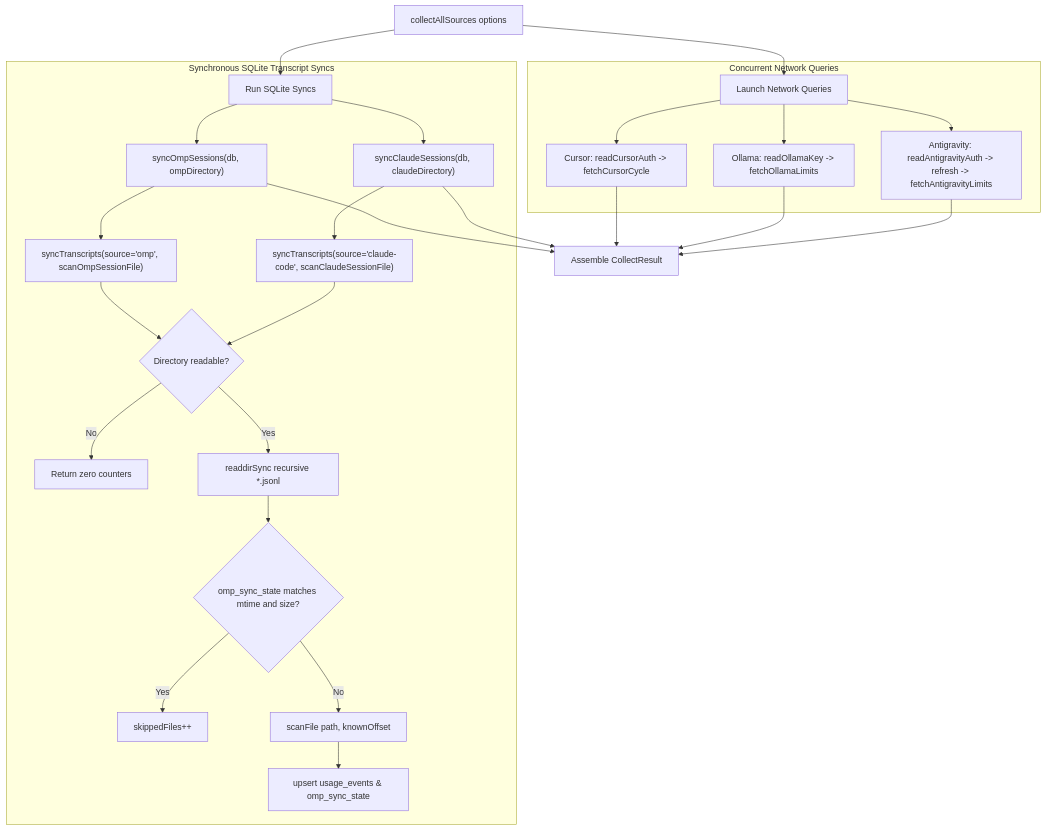
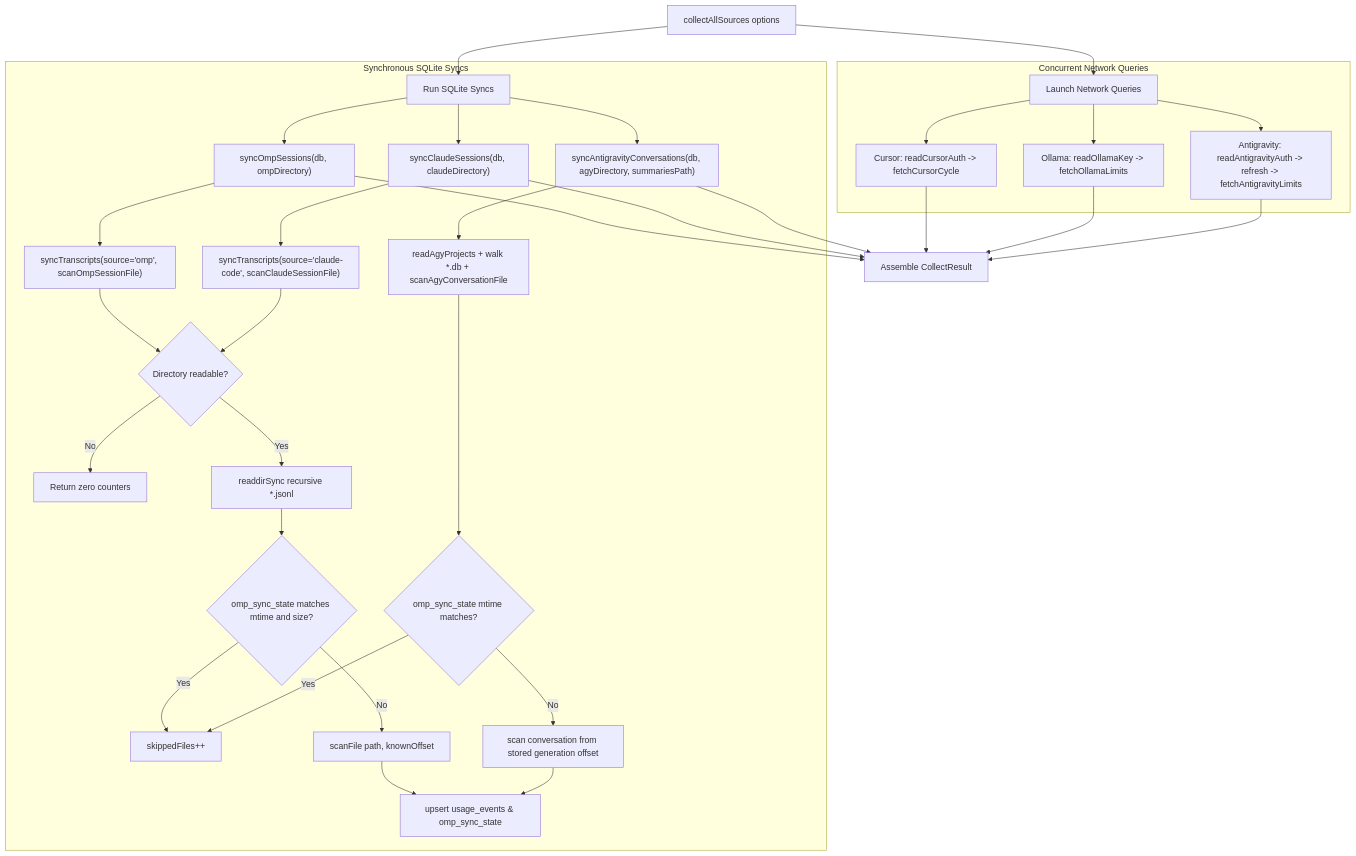
One commit to prajwal-hebbar-07/prompt-burn changed the diagram in docs/architecture/06-omp-collector.md. Above: the diagram before and after it, drawn with Mermaid. The commit also changed other lines of this file and 14 other files, not shown here.

````diff
--- a/docs/architecture/06-omp-collector.md
+++ b/docs/architecture/06-omp-collector.md
@@ -185,27 +218,33 @@
 ```mermaid
 flowchart TD
     CAS[collectAllSources options] --> NP[Launch Network Queries]
     CAS --> SP[Run SQLite Syncs]
 
     subgraph Network ["Concurrent Network Queries"]
       NP --> C1[Cursor: readCursorAuth -> fetchCursorCycle]
       NP --> C2[Ollama: readOllamaKey -> fetchOllamaLimits]
       NP --> C3[Antigravity: readAntigravityAuth -> refresh -> fetchAntigravityLimits]
     end
 
-    subgraph Sync ["Synchronous SQLite Transcript Syncs"]
+    subgraph Sync ["Synchronous SQLite Syncs"]
       SP --> S1["syncOmpSessions(db, ompDirectory)"]
       SP --> S2["syncClaudeSessions(db, claudeDirectory)"]
+      SP --> S3["syncAntigravityConversations(db, agyDirectory, summariesPath)"]
       S1 --> ST["syncTranscripts(source='omp', scanOmpSessionFile)"]
       S2 --> ST2["syncTranscripts(source='claude-code', scanClaudeSessionFile)"]
+      S3 --> ST3["readAgyProjects + walk *.db + scanAgyConversationFile"]
       ST & ST2 --> DIR{Directory readable?}
       DIR -- No --> Z[Return zero counters]
       DIR -- Yes --> WALK[readdirSync recursive *.jsonl]
       WALK --> CHK{omp_sync_state matches mtime and size?}
       CHK -- Yes --> SKP[skippedFiles++]
       CHK -- No --> SCN[scanFile path, knownOffset]
       SCN --> UPS[upsert usage_events & omp_sync_state]
+      ST3 --> AGYCHK{omp_sync_state mtime matches?}
+      AGYCHK -- Yes --> SKP
+      AGYCHK -- No --> AGYSCN[scan conversation from stored generation offset]
+      AGYSCN --> UPS
     end
 
-    C1 & C2 & C3 & S1 & S2 --> RES[Assemble CollectResult]
+    C1 & C2 & C3 & S1 & S2 & S3 --> RES[Assemble CollectResult]
 ```
````
